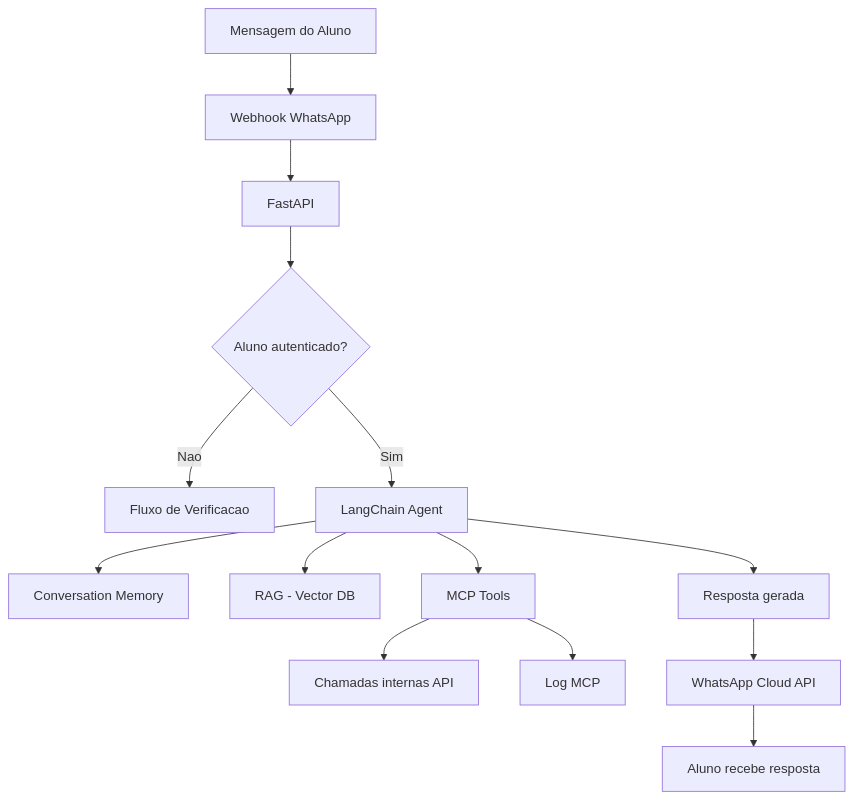
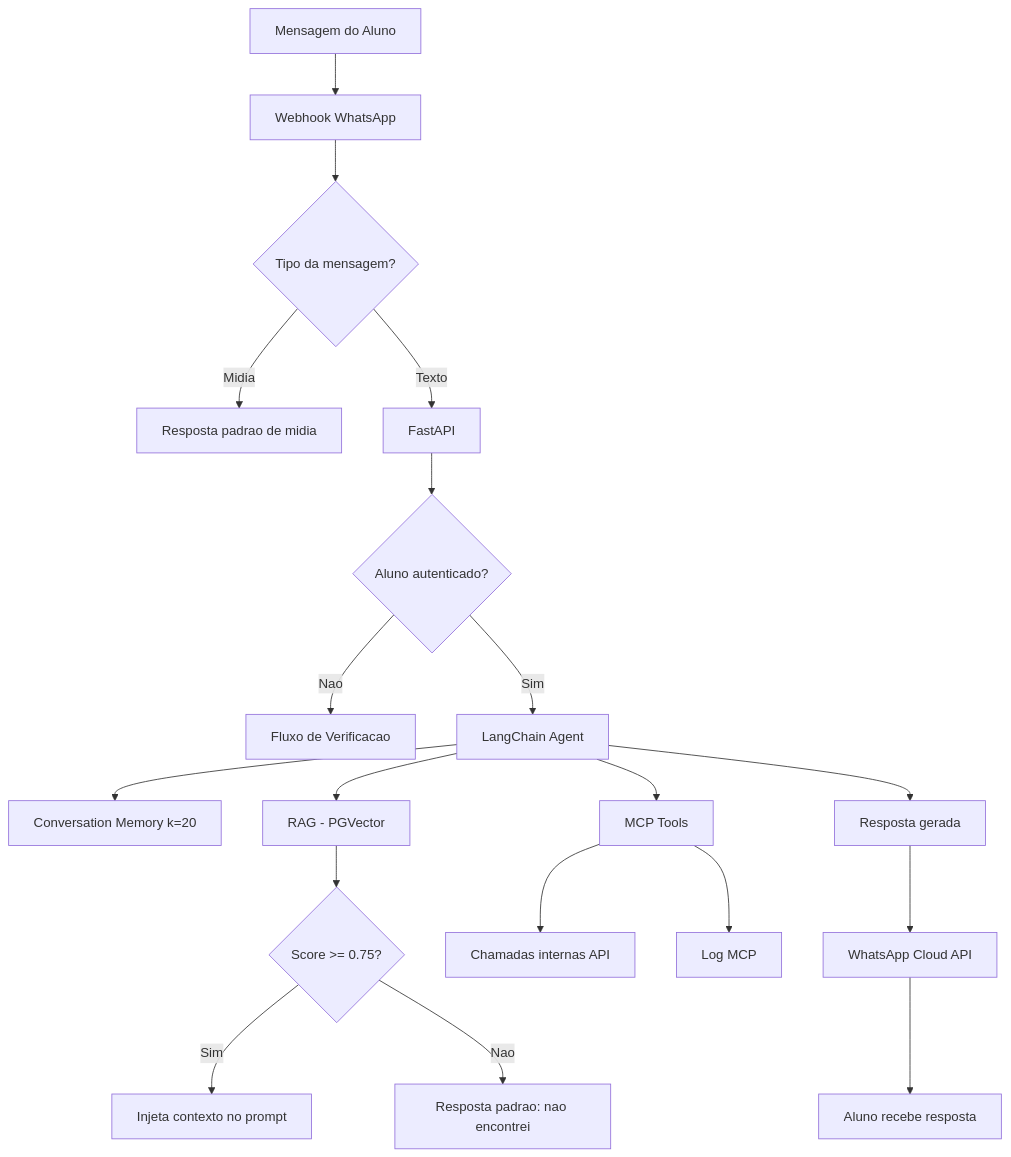
One commit to Weym/desafio-fcg3 changed the first of 8 diagrams in docs/chatbot.md. Above: the diagram before and after it, drawn with Mermaid. The commit also changed other lines of this file and 6 other files, not shown here.

````diff
--- a/docs/chatbot.md
+++ b/docs/chatbot.md
@@ -11,19 +13,25 @@
 ```mermaid
 graph TB
     MSG[Mensagem do Aluno] --> WH[Webhook WhatsApp]
-    WH --> API[FastAPI]
+    WH --> MEDIA{Tipo da mensagem?}
+    MEDIA -->|Midia| MEDIA_RESP[Resposta padrao de midia]
+    MEDIA -->|Texto| API[FastAPI]
     API --> AUTH{Aluno autenticado?}
     AUTH -->|Nao| VERIFY[Fluxo de Verificacao]
     AUTH -->|Sim| AGENT[LangChain Agent]
 
-    AGENT --> MEMORY[Conversation Memory]
-    AGENT --> RAG[RAG - Vector DB]
+    AGENT --> MEMORY[Conversation Memory k=20]
+    AGENT --> RAG[RAG - PGVector]
     AGENT --> TOOLS[MCP Tools]
+
+    RAG --> THRESHOLD{Score >= 0.75?}
+    THRESHOLD -->|Sim| CONTEXT[Injeta contexto no prompt]
+    THRESHOLD -->|Nao| FALLBACK[Resposta padrao: nao encontrei]
 
     TOOLS --> API_INT[Chamadas internas API]
     TOOLS --> LOG[Log MCP]
 
     AGENT --> RESP[Resposta gerada]
     RESP --> WA[WhatsApp Cloud API]
     WA --> ALUNO[Aluno recebe resposta]
 ```
````
